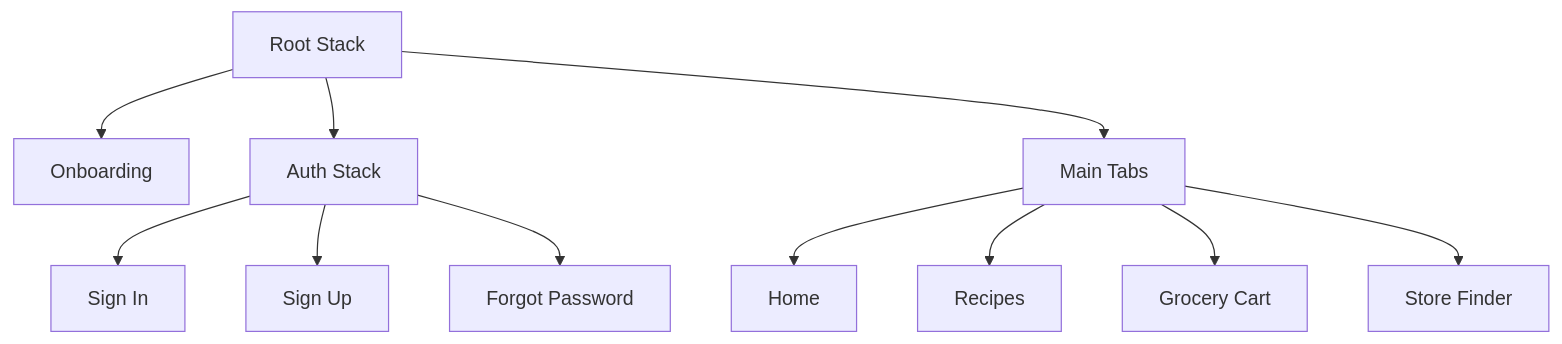
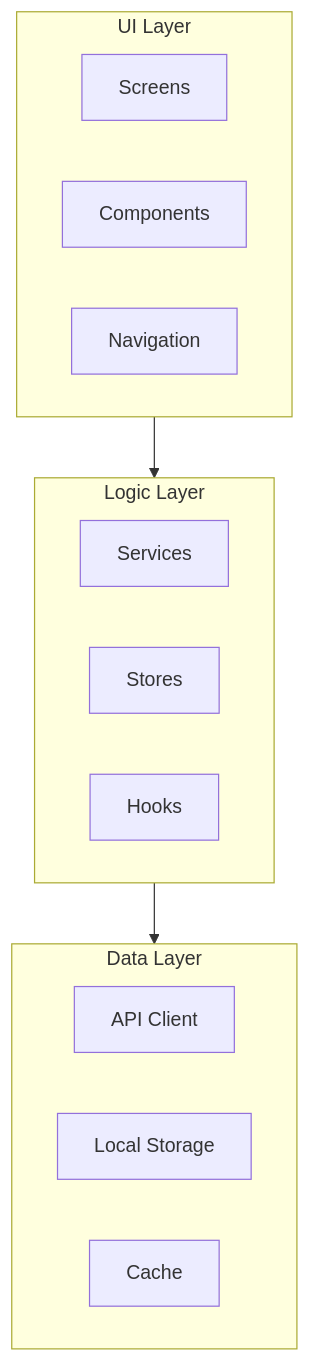
Before and after one commit to KhotsoT/FlavrMap: the first of 4 diagrams in memory-bank/systemPatterns.md, drawn with Mermaid. The commit also changed other lines of this file and 21 other files, not shown here.

````diff
--- a/memory-bank/systemPatterns.md
+++ b/memory-bank/systemPatterns.md
@@ -14,13 +6,23 @@
 ```mermaid
-graph TD
-    A[Root Stack] --> B[Onboarding]
-    A --> C[Auth Stack]
-    A --> D[Main Tabs]
-    C --> E[Sign In]
-    C --> F[Sign Up]
-    C --> K[Forgot Password]
-    D --> G[Home]
-    D --> H[Recipes]
-    D --> I[Grocery Cart]
-    D --> J[Store Finder]
+flowchart TD
+    subgraph UI[UI Layer]
+        Screens[Screens]
+        Components[Components]
+        Navigation[Navigation]
+    end
+
+    subgraph Logic[Logic Layer]
+        Services[Services]
+        Stores[Stores]
+        Hooks[Hooks]
+    end
+
+    subgraph Data[Data Layer]
+        API[API Client]
+        Storage[Local Storage]
+        Cache[Cache]
+    end
+
+    UI --> Logic
+    Logic --> Data
 ```
````
